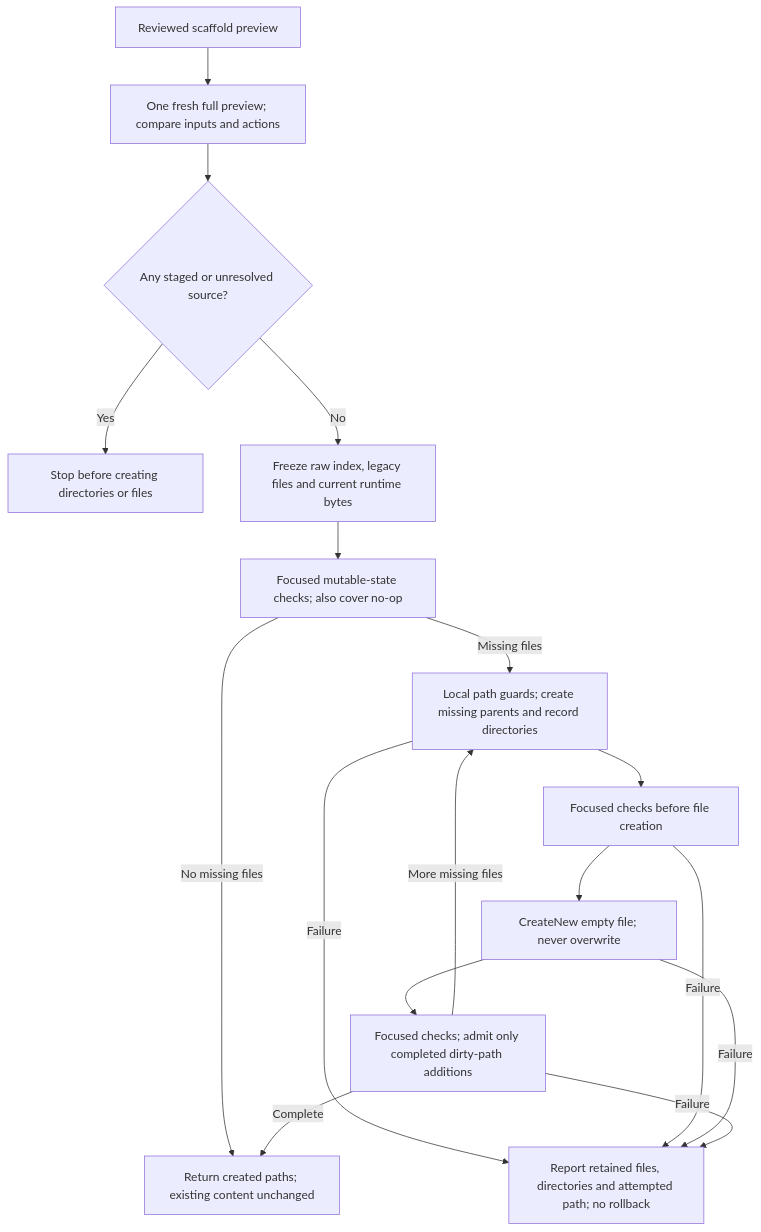
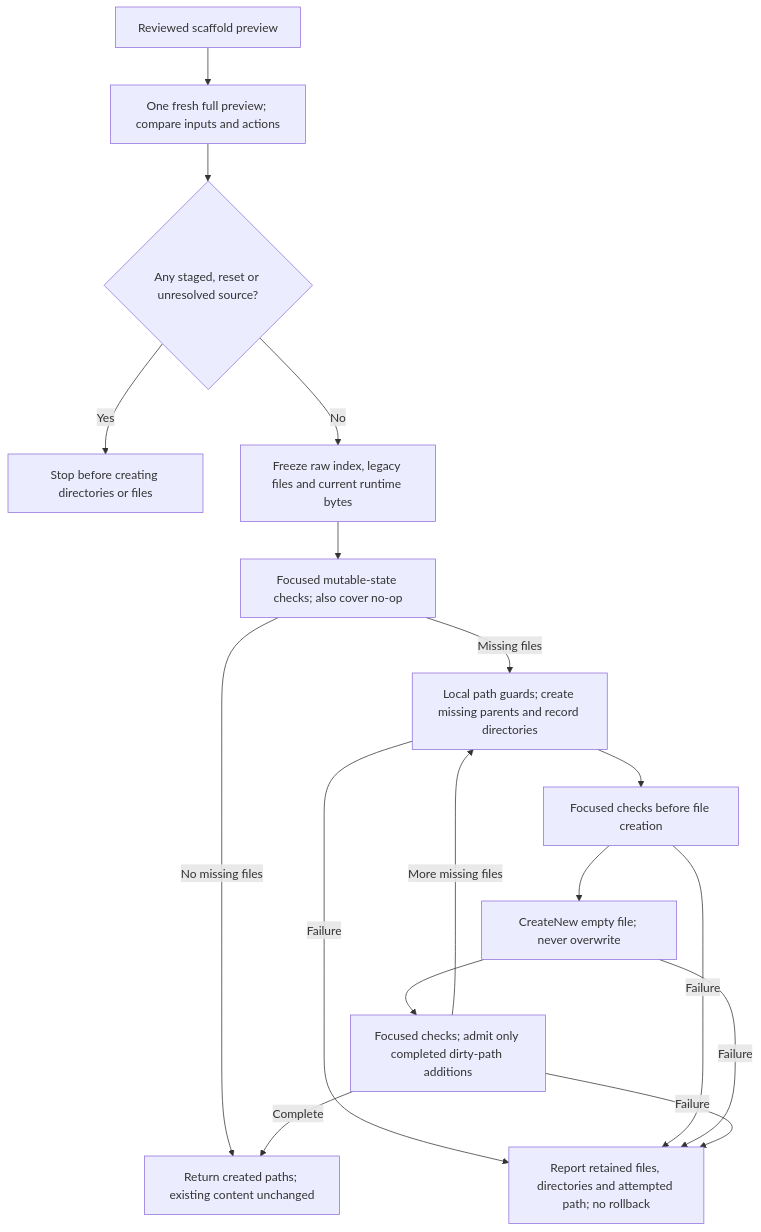
Before and after one commit to ferrywlto/ai-env-as-code: diagram 20 of 25 in docs/architecture.md, drawn with Mermaid. The commit also changed other lines of this file and 6 other files, not shown here.

````diff
--- a/docs/architecture.md
+++ b/docs/architecture.md
@@ -586,19 +605,19 @@
 ```mermaid
 flowchart TD
     Review[Reviewed scaffold preview] --> Fresh[One fresh full preview; compare inputs and actions]
-    Fresh --> Block{Any staged or unresolved source?}
+    Fresh --> Block{Any staged, reset or unresolved source?}
     Block -->|Yes| Stop[Stop before creating directories or files]
     Block -->|No| Freeze[Freeze raw index, legacy files and current runtime bytes]
     Freeze --> Guard[Focused mutable-state checks; also cover no-op]
     Guard -->|Missing files| Dirs[Local path guards; create missing parents and record directories]
     Guard -->|No missing files| Return
     Dirs --> GuardAgain[Focused checks before file creation]
     GuardAgain --> Create[CreateNew empty file; never overwrite]
     Create --> Check[Focused checks; admit only completed dirty-path additions]
     Check -->|More missing files| Dirs
     Check -->|Complete| Return[Return created paths; existing content unchanged]
     Dirs -->|Failure| Retain[Report retained files, directories and attempted path; no rollback]
     GuardAgain -->|Failure| Retain
     Create -->|Failure| Retain
     Check -->|Failure| Retain
 ```
````
